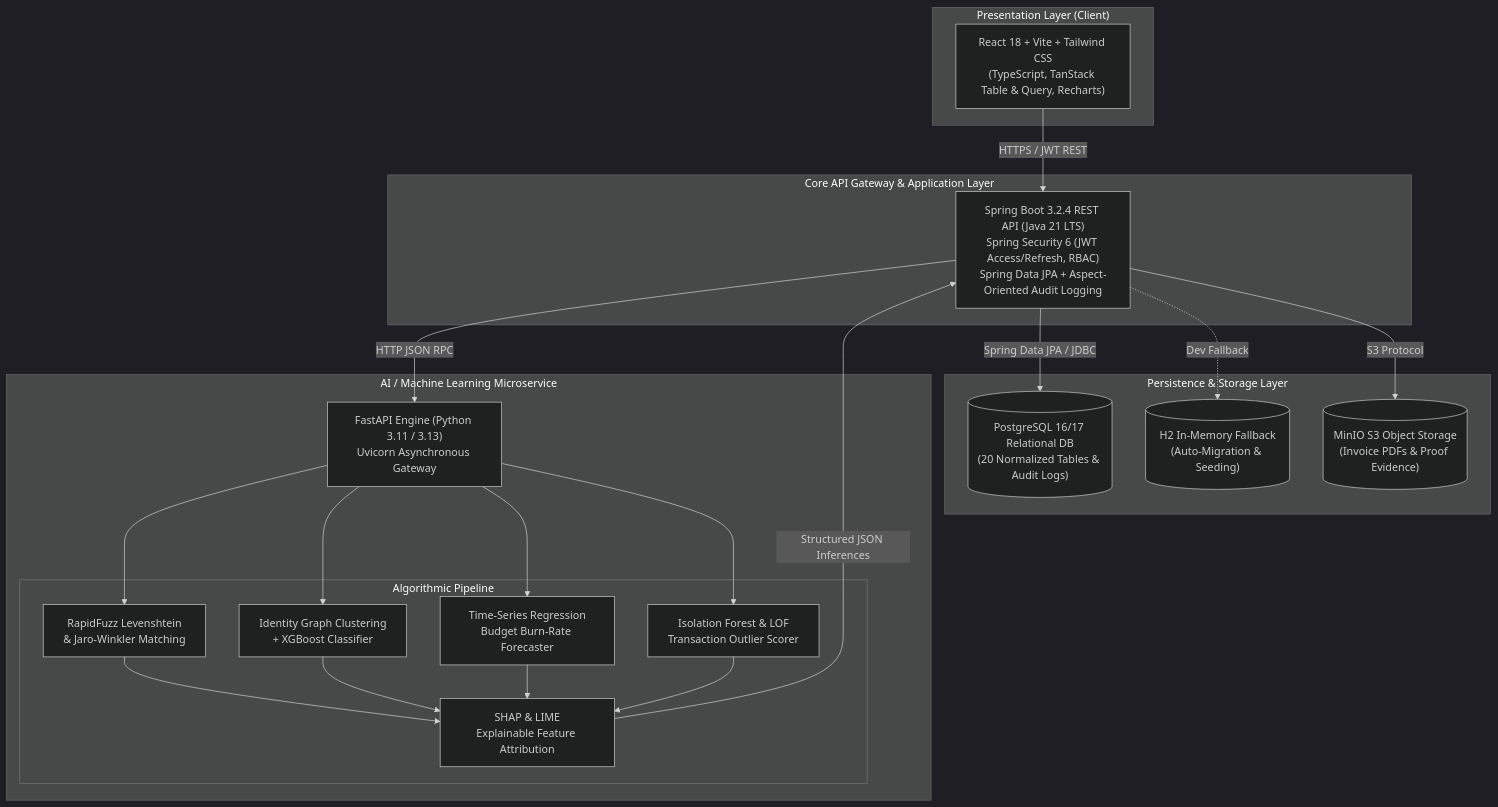
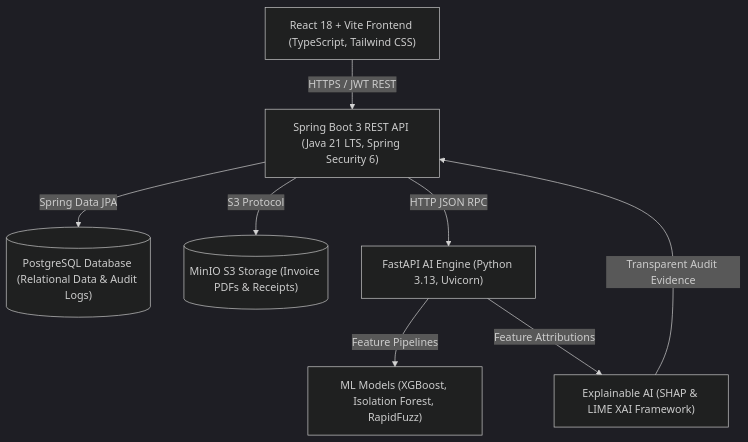
One commit to SravyaRedy530/AI-Budget-Guardian changed the diagram in README.md. Above: the diagram before and after it, drawn with Mermaid (dark theme). The commit also changed other lines of this file, not shown here.

Commit message:
Fix Mermaid diagram syntax for GitHub markdown rich display

````diff
--- a/README.md
+++ b/README.md
@@ -46,37 +71,18 @@
 ```mermaid
-flowchart TD
-    subgraph ClientLayer["Presentation Layer (Client)"]
-        UI["React 18 + Vite + Tailwind CSS\n(TypeScript, TanStack Table & Query, Recharts)"]
-    end
+graph TD
+    Client["React 18 + Vite Frontend (TypeScript, Tailwind CSS)"]
+    Gateway["Spring Boot 3 REST API (Java 21 LTS, Spring Security 6)"]
+    DB[("PostgreSQL Database (Relational Data & Audit Logs)")]
+    MinIO[("MinIO S3 Storage (Invoice PDFs & Receipts)")]
+    AI["FastAPI AI Engine (Python 3.13, Uvicorn)"]
+    ML["ML Models (XGBoost, Isolation Forest, RapidFuzz)"]
+    XAI["Explainable AI (SHAP & LIME XAI Framework)"]
 
-    subgraph GatewayLayer["Core API Gateway & Application Layer"]
-        Gateway["Spring Boot 3.2.4 REST API (Java 21 LTS)\nSpring Security 6 (JWT Access/Refresh, RBAC)\nSpring Data JPA + Aspect-Oriented Audit Logging"]
-    end
-
-    subgraph StorageLayer["Persistence & Storage Layer"]
-        DB[("PostgreSQL 16/17 Relational DB\n(20 Normalized Tables & Audit Logs)")]
-        H2[("H2 In-Memory Fallback\n(Auto-Migration & Seeding)")]
-        MinIO[("MinIO S3 Object Storage\n(Invoice PDFs & Proof Evidence)")]
-    end
-
-    subgraph AILayer["AI / Machine Learning Microservice"]
-        FastAPI["FastAPI Engine (Python 3.11 / 3.13)\nUvicorn Asynchronous Gateway"]
-        
-        subgraph Models["Algorithmic Pipeline"]
-            DUP["RapidFuzz Levenshtein\n& Jaro-Winkler Matching"]
-            VEND["Identity Graph Clustering\n+ XGBoost Classifier"]
-            BURN["Time-Series Regression\nBudget Burn-Rate Forecaster"]
-            ANOM["Isolation Forest & LOF\nTransaction Outlier Scorer"]
-            XAI["SHAP & LIME\nExplainable Feature Attribution"]
-        end
-    end
-
-    UI -->|HTTPS / JWT REST| Gateway
-    Gateway -->|Spring Data JPA / JDBC| DB
-    Gateway -.->|Dev Fallback| H2
+    Client -->|HTTPS / JWT REST| Gateway
+    Gateway -->|Spring Data JPA| DB
     Gateway -->|S3 Protocol| MinIO
-    Gateway -->|HTTP JSON RPC| FastAPI
-    FastAPI --> DUP & VEND & BURN & ANOM
-    DUP & VEND & BURN & ANOM --> XAI
-    XAI -->|Structured JSON Inferences| Gateway
+    Gateway -->|HTTP JSON RPC| AI
+    AI -->|Feature Pipelines| ML
+    AI -->|Feature Attributions| XAI
+    XAI -->|Transparent Audit Evidence| Gateway
 ```
````
